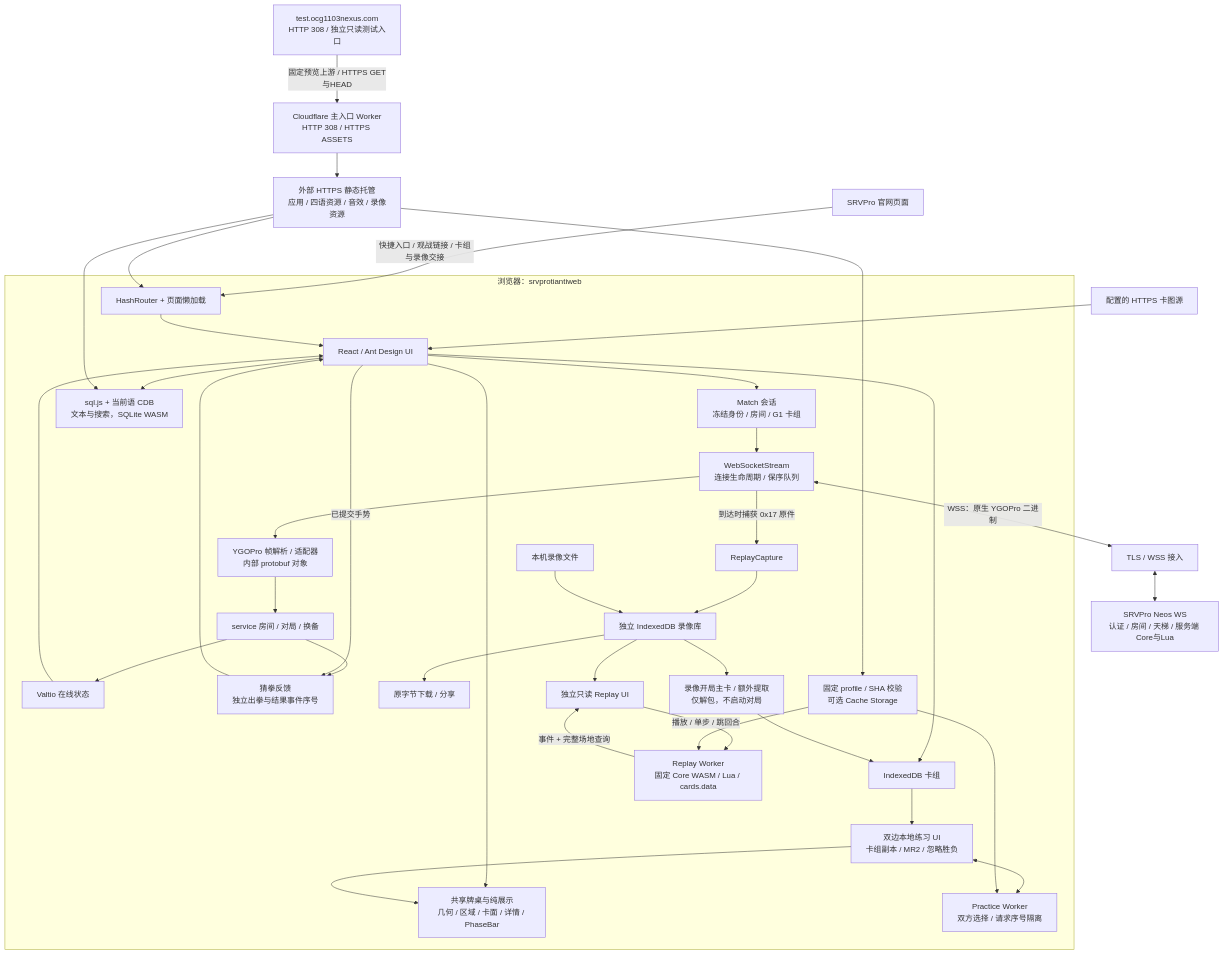
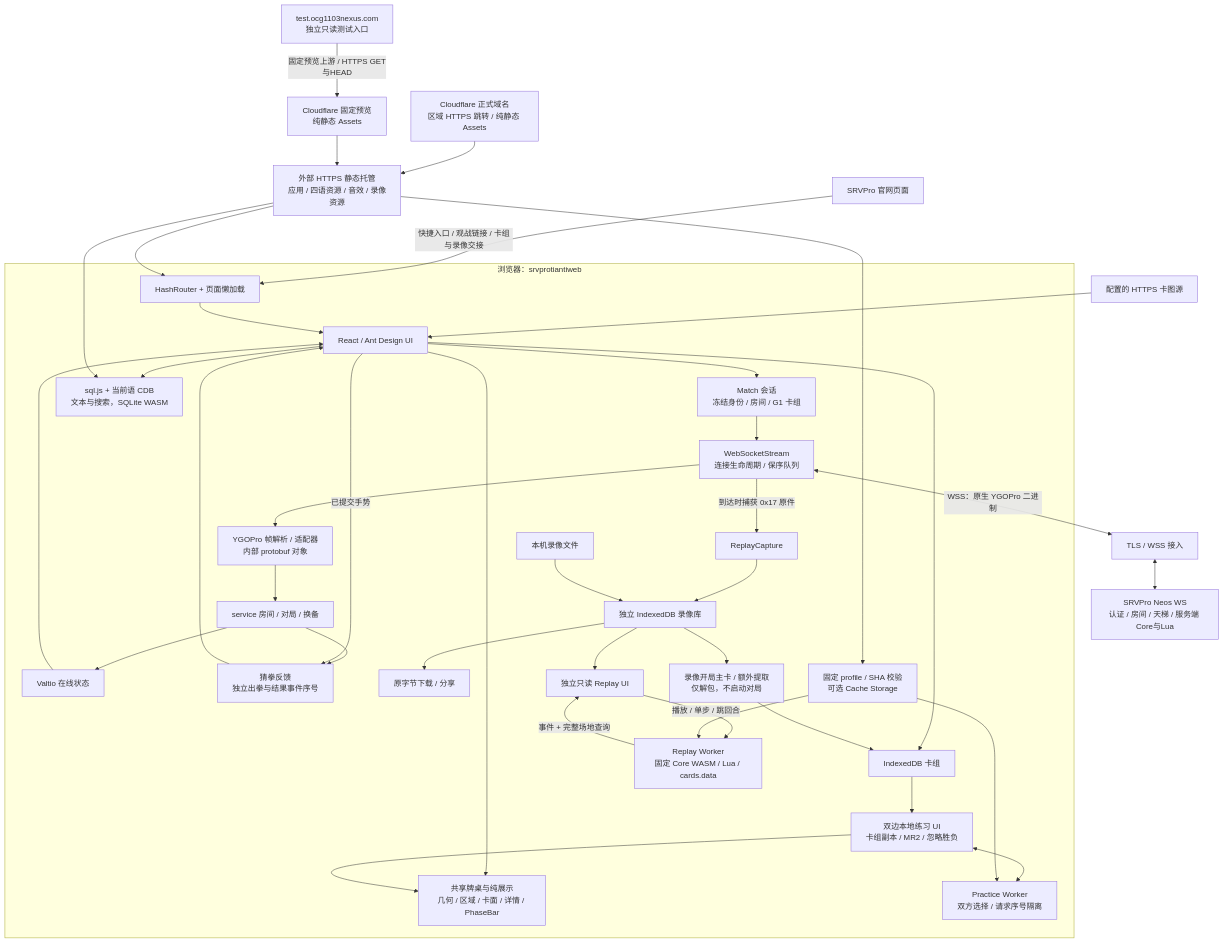
Before and after one commit to 301zrg/srvprotiantiweb: the first of 6 diagrams in docs/ARCHITECTURE.md, drawn with Mermaid. The commit also changed other lines of this file and 3 other files, not shown here.

````diff
--- a/docs/ARCHITECTURE.md
+++ b/docs/ARCHITECTURE.md
@@ -85,41 +85,42 @@
 ```mermaid
 flowchart TB
   Website["SRVPro 官网页面"] -->|"快捷入口 / 观战链接 / 卡组与录像交接"| Router
   Static["外部 HTTPS 静态托管<br/>应用 / 四语资源 / 音效 / 录像资源"] --> Router
-  StaticEntry["Cloudflare 主入口 Worker<br/>HTTP 308 / HTTPS ASSETS"] --> Static
-  TestEntry["test.ocg1103nexus.com<br/>HTTP 308 / 独立只读测试入口"] -->|"固定预览上游 / HTTPS GET与HEAD"| StaticEntry
+  StaticEntry["Cloudflare 正式域名<br/>区域 HTTPS 跳转 / 纯静态 Assets"] --> Static
+  PreviewAssets["Cloudflare 固定预览<br/>纯静态 Assets"] --> Static
+  TestEntry["test.ocg1103nexus.com<br/>独立只读测试入口"] -->|"固定预览上游 / HTTPS GET与HEAD"| PreviewAssets
   Images["配置的 HTTPS 卡图源"] --> UI
   subgraph Browser["浏览器：srvprotiantiweb"]
     Router["HashRouter + 页面懒加载"] --> UI["React / Ant Design UI"]
     UI --> Join["Match 会话<br/>冻结身份 / 房间 / G1 卡组"]
     UI --> SharedDisplay["共享牌桌与纯展示<br/>几何 / 区域 / 卡面 / 详情 / PhaseBar"]
     Join --> Transport["WebSocketStream<br/>连接生命周期 / 保序队列"]
     Transport --> Adapter["YGOPro 帧解析 / 适配器<br/>内部 protobuf 对象"]
     Adapter --> Services["service 房间 / 对局 / 换备"]
     Services --> Stores["Valtio 在线状态"]
     Stores --> UI
     Services --> RpsNotice["猜拳反馈<br/>独立出拳与结果事件序号"]
     UI -->|"已提交手势"| RpsNotice
     RpsNotice --> UI
     UI --> Sqlite["sql.js + 当前语 CDB<br/>文本与搜索，SQLite WASM"]
     UI --> Decks["IndexedDB 卡组"]
     Transport -->|"到达时捕获 0x17 原件"| Capture["ReplayCapture"]
     Capture --> Library["独立 IndexedDB 录像库"]
     Files["本机录像文件"] --> Library
     Library --> Export["原字节下载 / 分享"]
     Library --> Player["独立只读 Replay UI"]
     Player -->|"播放 / 单步 / 跳回合"| Worker["Replay Worker<br/>固定 Core WASM / Lua / cards.data"]
     Worker -->|"事件 + 完整场地查询"| Player
     Profile["固定 profile / SHA 校验<br/>可选 Cache Storage"] --> Worker
     Library --> Extract["录像开局主卡 / 额外提取<br/>仅解包，不启动对局"]
     Extract --> Decks
     Decks --> Practice["双边本地练习 UI<br/>卡组副本 / MR2 / 忽略胜负"]
     Practice --> SharedDisplay
     Practice <--> PracticeWorker["Practice Worker<br/>双方选择 / 请求序号隔离"]
     Profile --> PracticeWorker
   end
   Transport <-->|"WSS：原生 YGOPro 二进制"| Gateway["TLS / WSS 接入"]
   Gateway <--> Server["SRVPro Neos WS<br/>认证 / 房间 / 天梯 / 服务端 Core与Lua"]
   Static --> Sqlite
   Static --> Profile
 ```
````
